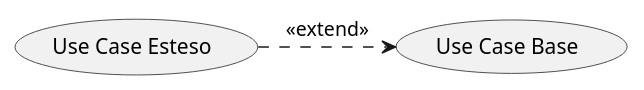
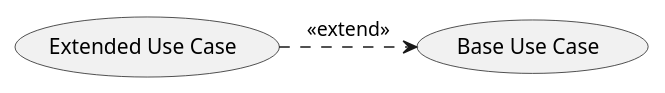
The sixth of 21 diagrams in 03-behavioral-diagrams/use-case-diagrams/README.md (Seniorsimo/sas-template), drawn with PlantUML before and after one commit. The commit also changed other lines of this file and 49 other files, not shown here.

````diff
--- a/03-behavioral-diagrams/use-case-diagrams/README.md
+++ b/03-behavioral-diagrams/use-case-diagrams/README.md
@@ -58,3 +58,3 @@
 ```plantuml
-(Use Case Esteso) .> (Use Case Base) : <<extend>>
+(Extended Use Case) .> (Base Use Case) : <<extend>>
 ```
````
